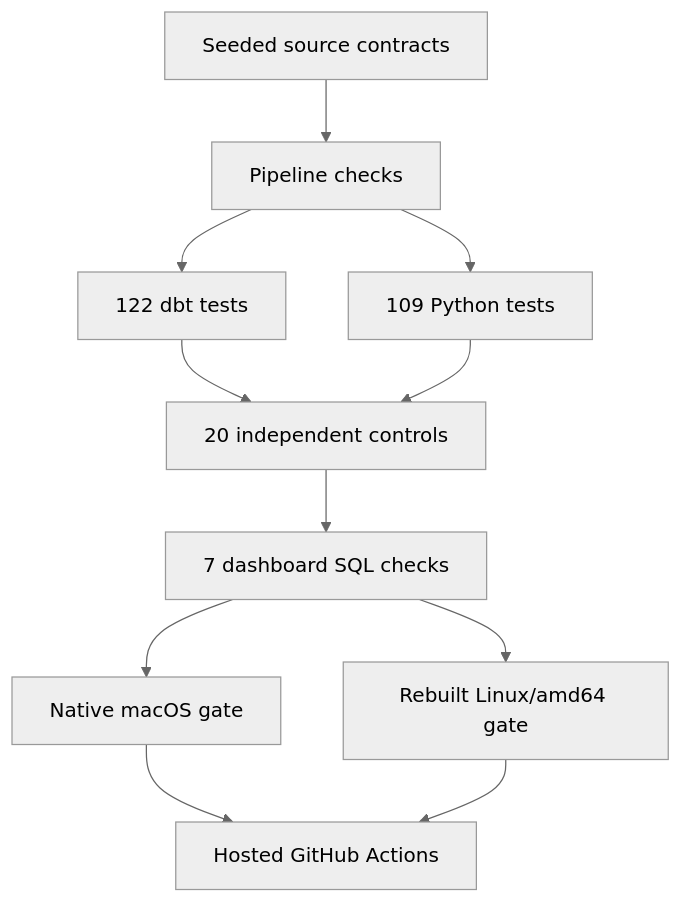
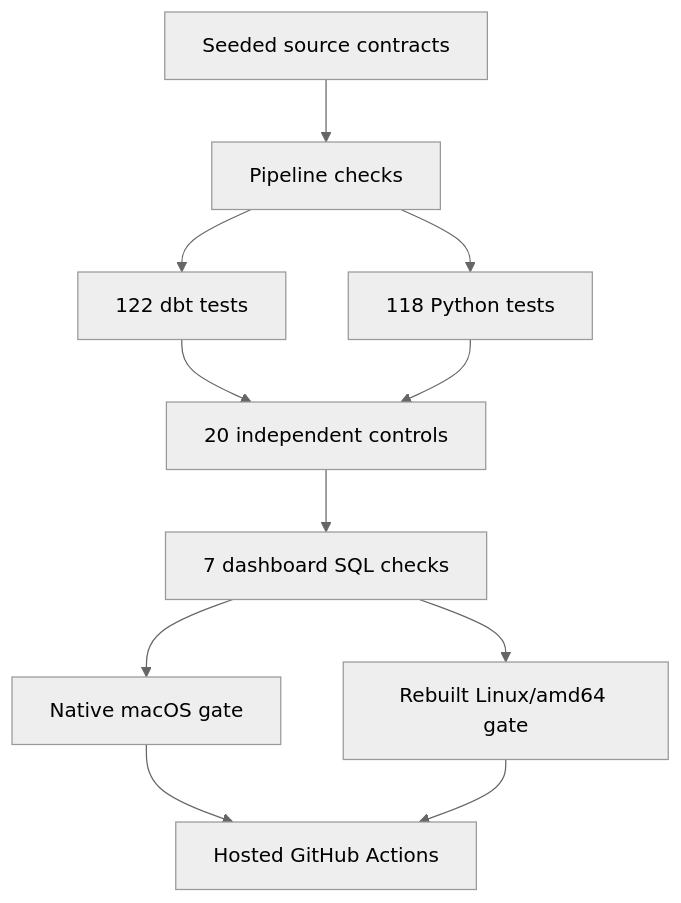
One commit to aneeshk-ds/fieldforge changed the second of 2 diagrams in README.md. Above: the diagram before and after it, drawn with Mermaid (neutral theme). The commit also changed other lines of this file and 27 other files, not shown here.

````diff
--- a/README.md
+++ b/README.md
@@ -205,13 +208,13 @@
 ```mermaid
 flowchart TD
   S[Seeded source contracts] --> P[Pipeline checks]
   P --> D[122 dbt tests]
-  P --> Y[109 Python tests]
+  P --> Y[118 Python tests]
   D --> C[20 independent controls]
   Y --> C
   C --> Q[7 dashboard SQL checks]
   Q --> N[Native macOS gate]
   Q --> L[Rebuilt Linux/amd64 gate]
   N --> H[Hosted GitHub Actions]
   L --> H
 ```
````
